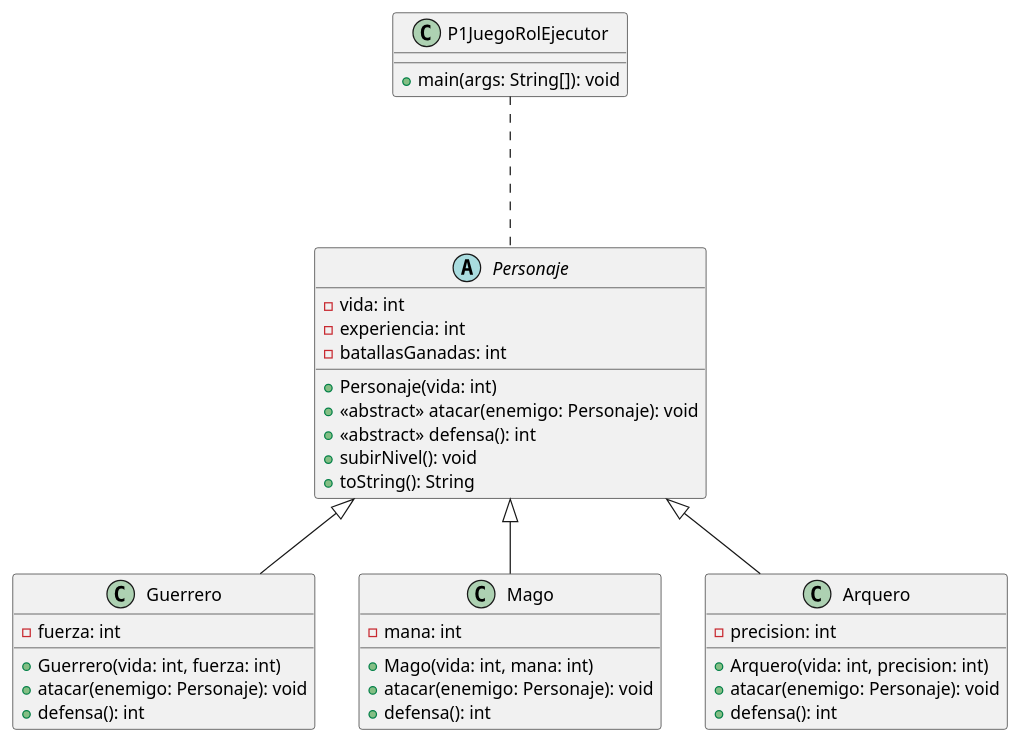
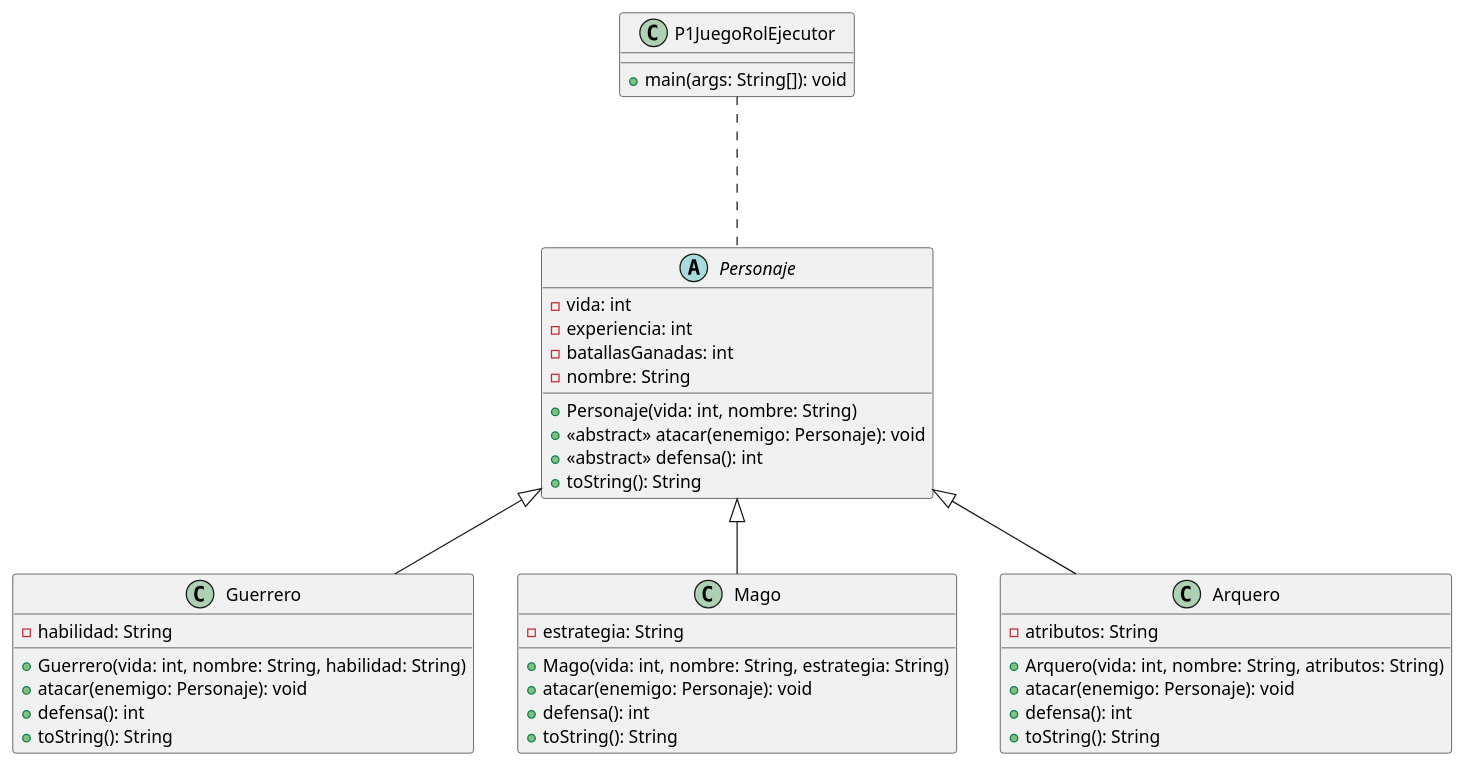
One commit to POO-B-AA25/apeb2-taller8-g2 changed the diagram in Modelos_UML/problem1.puml. Above: the diagram before and after it, drawn with PlantUML. The commit also changed 2 other files, not shown here.

```diff
--- a/Modelos_UML/problem1.puml
+++ b/Modelos_UML/problem1.puml
@@ -1,42 +1,45 @@
 @startuml
 abstract class Personaje {
     - vida: int
     - experiencia: int
     - batallasGanadas: int
-    + Personaje(vida: int)
+    - nombre: String
+    + Personaje(vida: int, nombre: String)
     + <<abstract>> atacar(enemigo: Personaje): void
     + <<abstract>> defensa(): int
-    + subirNivel(): void
     + toString(): String
 }
 
 class Guerrero {
-    - fuerza: int
-    + Guerrero(vida: int, fuerza: int)
+    - habilidad: String
+    + Guerrero(vida: int, nombre: String, habilidad: String)
     + atacar(enemigo: Personaje): void
     + defensa(): int
+    + toString(): String
 }
 
 class Mago {
-    - mana: int
-    + Mago(vida: int, mana: int)
+    - estrategia: String
+    + Mago(vida: int, nombre: String, estrategia: String)
     + atacar(enemigo: Personaje): void
     + defensa(): int
+    + toString(): String
 }
 
 class Arquero {
-    - precision: int
-    + Arquero(vida: int, precision: int)
+    - atributos: String
+    + Arquero(vida: int, nombre: String, atributos: String)
     + atacar(enemigo: Personaje): void
     + defensa(): int
+    + toString(): String
 }
 
 class P1JuegoRolEjecutor {
     + main(args: String[]): void
 }
 
 Personaje <|-- Guerrero
 Personaje <|-- Mago
 Personaje <|-- Arquero
 P1JuegoRolEjecutor ... Personaje
 @enduml
```
